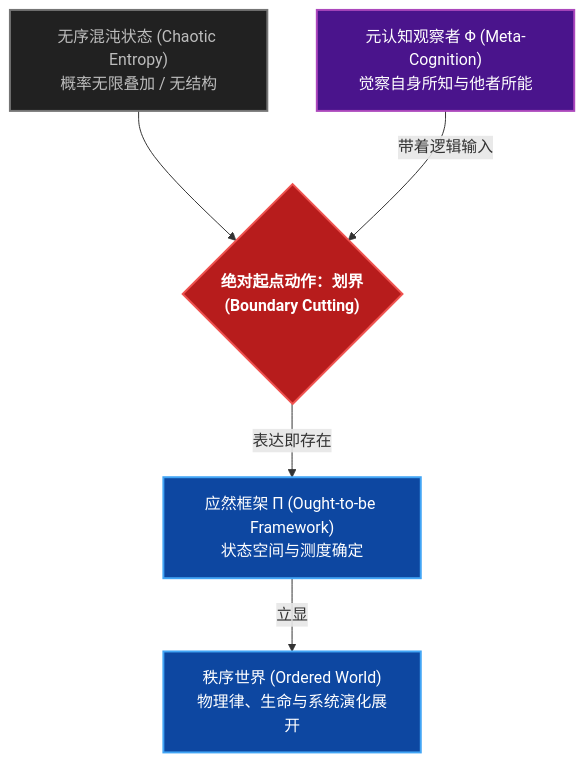
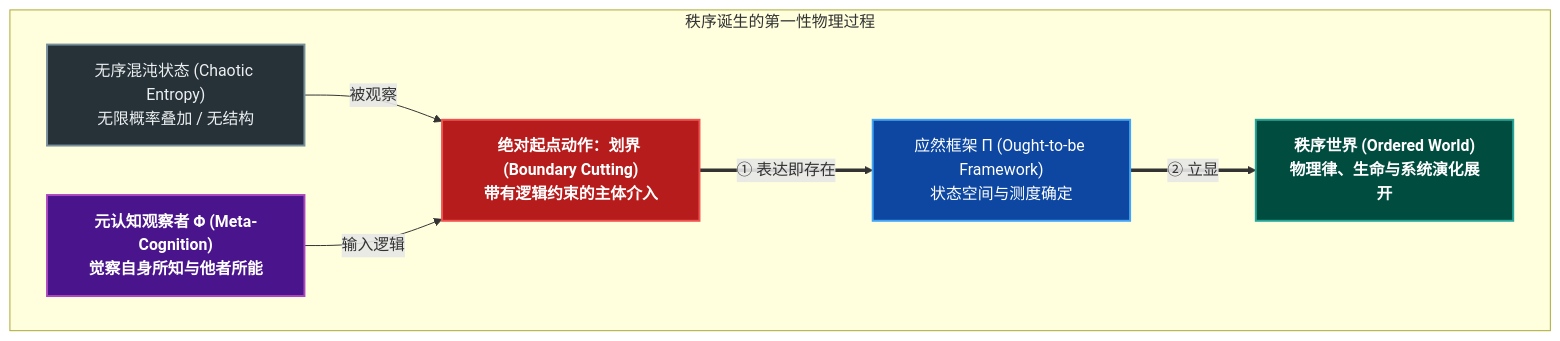
The diagram in 无观察者则无世界_破圈发声长文.md (GritMeng/Value-Chain-Physics), drawn with Mermaid before and after one commit.

Commit message:
style: optimize origin of order Mermaid diagram node proportions and label positioning

````diff
--- a/无观察者则无世界_破圈发声长文.md
+++ b/无观察者则无世界_破圈发声长文.md
@@ -33,23 +33,24 @@
 ```mermaid
-flowchart TD
-    %% 节点样式
-    classDef chaos fill:#212121,stroke:#757575,stroke-width:2px,color:#bdbdbd;
-    classDef observer fill:#4a148c,stroke:#ab47bc,stroke-width:2px,color:#ffffff;
-    classDef cut fill:#b71c1c,stroke:#ef5350,stroke-width:2px,color:#ffffff,font-weight:bold;
-    classDef order fill:#0d47a1,stroke:#42a5f5,stroke-width:2px,color:#ffffff;
+graph TB
+    %% 样式定义
+    classDef chaos fill:#263238,stroke:#78909C,stroke-width:2px,color:#ECEFF1;
+    classDef observer fill:#4A148C,stroke:#AB47BC,stroke-width:2px,color:#FFFFFF,font-weight:bold;
+    classDef cut fill:#B71C1C,stroke:#EF5350,stroke-width:2px,color:#FFFFFF,font-weight:bold;
+    classDef framework fill:#0D47A1,stroke:#42A5F5,stroke-width:2px,color:#FFFFFF;
+    classDef world fill:#004D40,stroke:#26A69A,stroke-width:2px,color:#FFFFFF,font-weight:bold;
 
-    Chaos["无序混沌状态 (Chaotic Entropy)<br/>概率无限叠加 / 无结构"]:::chaos
-    
-    Observer["元认知观察者 Φ (Meta-Cognition)<br/>觉察自身所知与他者所能"]:::observer
-    
-    Action{"绝对起点动作：划界<br/>(Boundary Cutting)"}:::cut
-    
-    Framework["应然框架 Π (Ought-to-be Framework)<br/>状态空间与测度确定"]:::order
-    
-    World["秩序世界 (Ordered World)<br/>物理律、生命与系统演化展开"]:::order
+    subgraph Origin ["秩序诞生的第一性物理过程"]
+        Chaos["无序混沌状态 (Chaotic Entropy)<br/>无限概率叠加 / 无结构"]:::chaos
+        Observer["元认知观察者 Φ (Meta-Cognition)<br/>觉察自身所知与他者所能"]:::observer
+        
+        Action["绝对起点动作：划界 (Boundary Cutting)<br/>带有逻辑约束的主体介入"]:::cut
+        
+        Framework["应然框架 Π (Ought-to-be Framework)<br/>状态空间与测度确定"]:::framework
+        World["秩序世界 (Ordered World)<br/>物理律、生命与系统演化展开"]:::world
+    end
 
-    Chaos --> Action
-    Observer -->|"带着逻辑输入"| Action
-    Action -->|"表达即存在"| Framework
-    Framework -->|"立显"| World
+    Chaos -->|"被观察"| Action
+    Observer -->|"输入逻辑"| Action
+    Action == "① 表达即存在" ==> Framework
+    Framework == "② 立显" ==> World
 ```
````
